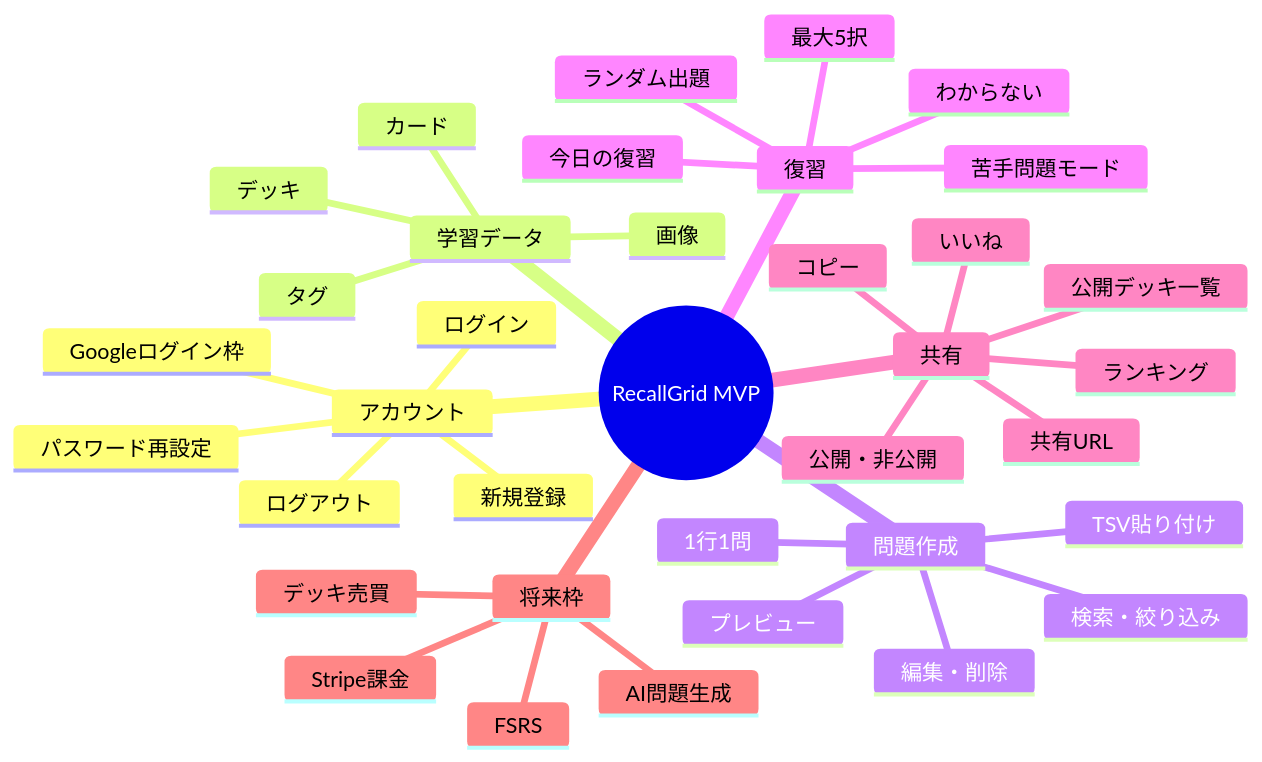
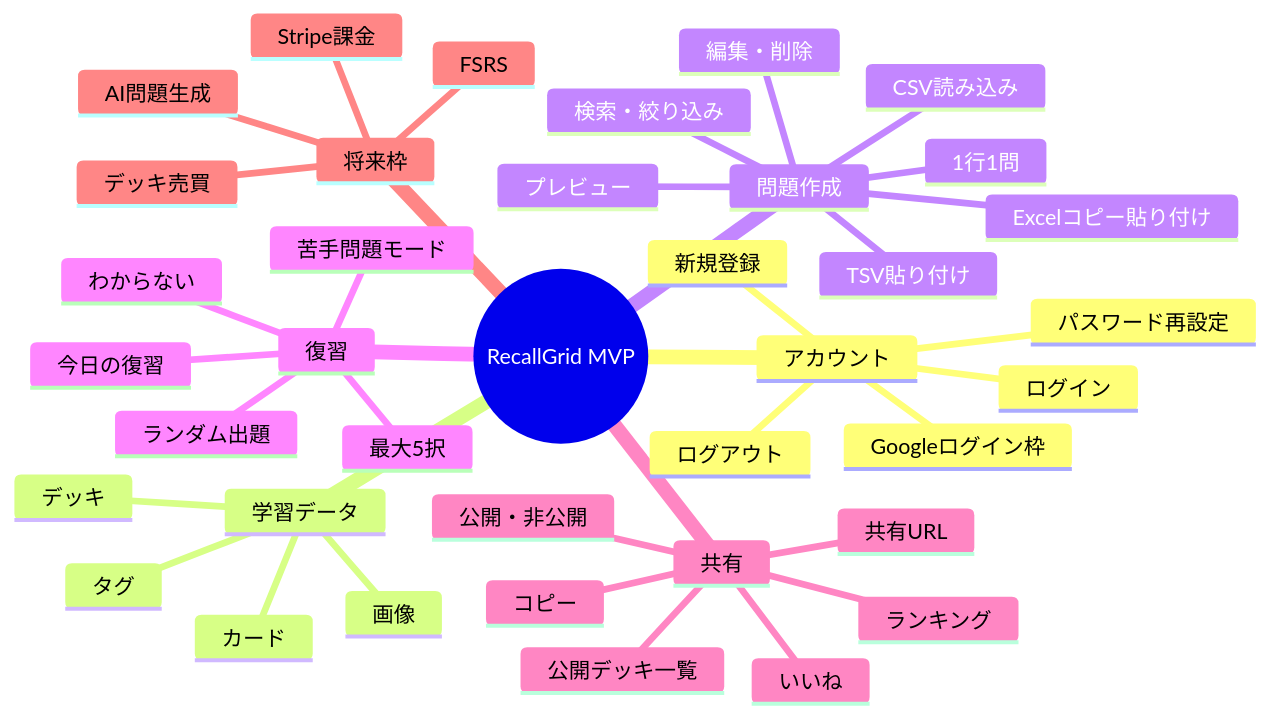
The second of 3 diagrams in docs/diagrams/01-product-overview.md (wawawatamasa0218-cmyk/recall-grid), drawn with Mermaid before and after one commit. The commit also changed 9 other files, not shown here.

````diff
--- a/docs/diagrams/01-product-overview.md
+++ b/docs/diagrams/01-product-overview.md
@@ -79,39 +79,41 @@
 ```mermaid
 mindmap
   root((RecallGrid MVP))
     アカウント
       新規登録
       ログイン
       ログアウト
       パスワード再設定
       Googleログイン枠
     学習データ
       デッキ
       カード
       タグ
       画像
     問題作成
       1行1問
       TSV貼り付け
+      CSV読み込み
+      Excelコピー貼り付け
       プレビュー
       検索・絞り込み
       編集・削除
     復習
       今日の復習
       ランダム出題
       最大5択
       わからない
       苦手問題モード
     共有
       公開・非公開
       共有URL
       公開デッキ一覧
       コピー
       ランキング
       いいね
     将来枠
       Stripe課金
       AI問題生成
       FSRS
       デッキ売買
 ```
````
